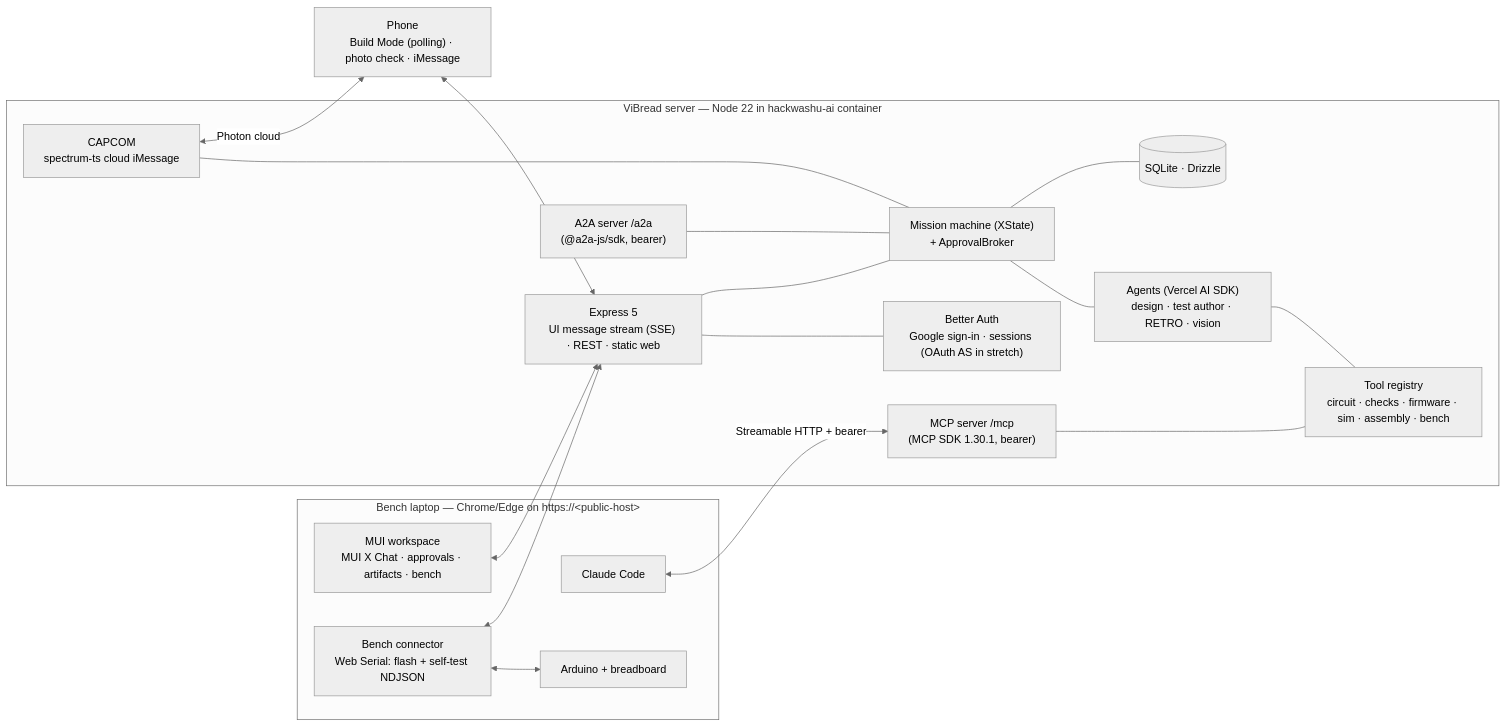
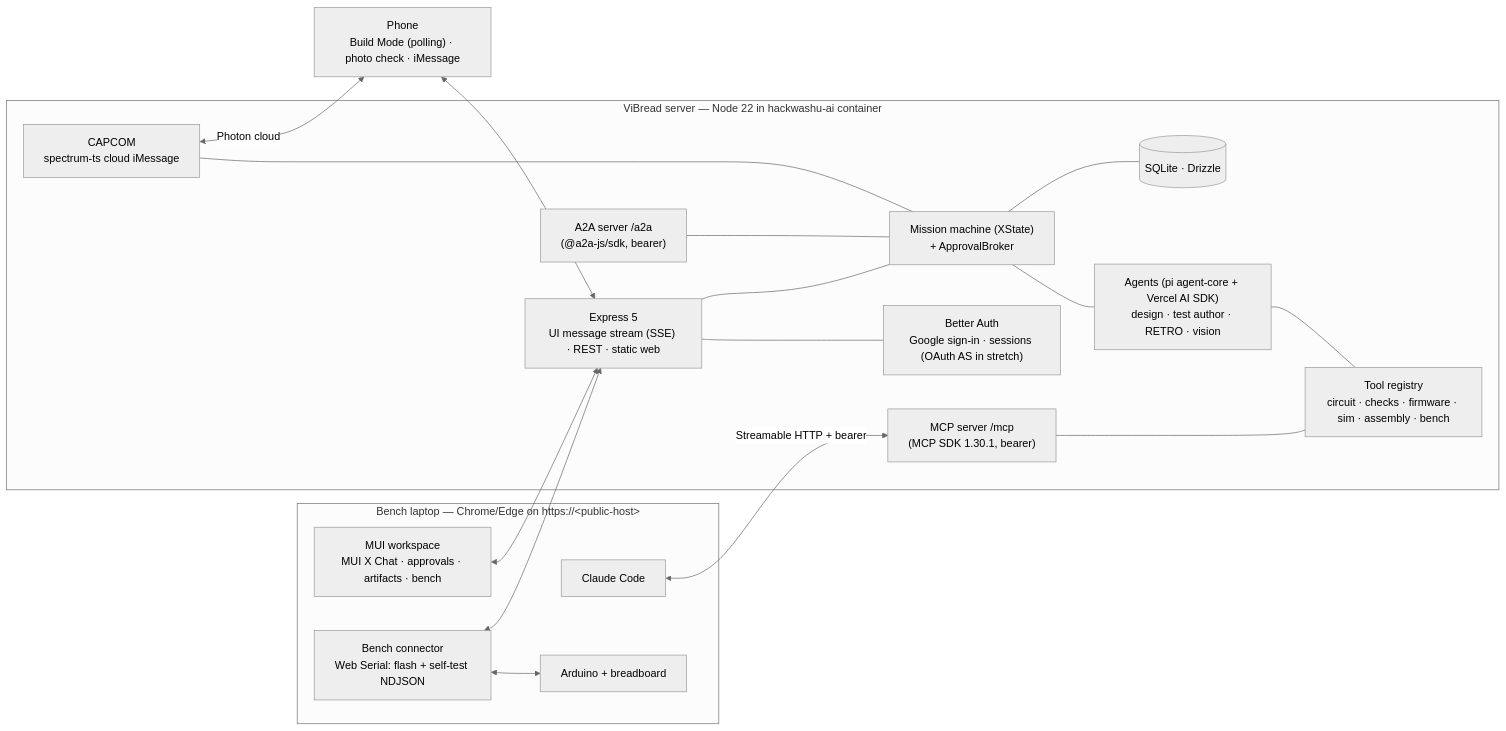
One commit to BarryTheShen/ViBread changed the diagram in PLAN.md. Above: the diagram before and after it, drawn with Mermaid (neutral theme). The commit also changed other lines of this file and 21 other files, not shown here.

````diff
--- a/PLAN.md
+++ b/PLAN.md
@@ -188,33 +188,33 @@
 ```mermaid
 flowchart LR
   subgraph Laptop["Bench laptop — Chrome/Edge on https://&lt;public-host&gt;"]
     WEB["MUI workspace<br/>MUI X Chat · approvals · artifacts · bench"]
     BENCH["Bench connector<br/>Web Serial: flash + self-test NDJSON"]
     CC["Claude Code"]
     USB["Arduino + breadboard"]
   end
   PHONE["Phone<br/>Build Mode (polling) · photo check · iMessage"]
   subgraph Server["ViBread server — Node 22 in hackwashu-ai container"]
     API["Express 5<br/>UI message stream (SSE) · REST · static web"]
     AUTH["Better Auth<br/>Google sign-in · sessions (OAuth AS in stretch)"]
     ORCH["Mission machine (XState)<br/>+ ApprovalBroker"]
-    AG["Agents (Vercel AI SDK)<br/>design · test author · RETRO · vision"]
+    AG["Agents (pi agent-core + Vercel AI SDK)<br/>design · test author · RETRO · vision"]
     TOOLS["Tool registry<br/>circuit · checks · firmware · sim · assembly · bench"]
     MCP["MCP server /mcp<br/>(MCP SDK 1.30.1, bearer)"]
     A2A["A2A server /a2a<br/>(@a2a-js/sdk, bearer)"]
     CAP["CAPCOM<br/>spectrum-ts cloud iMessage"]
     DB[("SQLite · Drizzle")]
   end
   WEB <--> API
   BENCH <--> USB
   BENCH <--> API
   CC <-->|Streamable HTTP + bearer| MCP
   PHONE <--> API
   API --- AUTH
   API --- ORCH --- AG --- TOOLS
   MCP --- TOOLS
   A2A --- ORCH
   CAP --- ORCH
   ORCH --- DB
   CAP <-->|Photon cloud| PHONE
 ```
````
